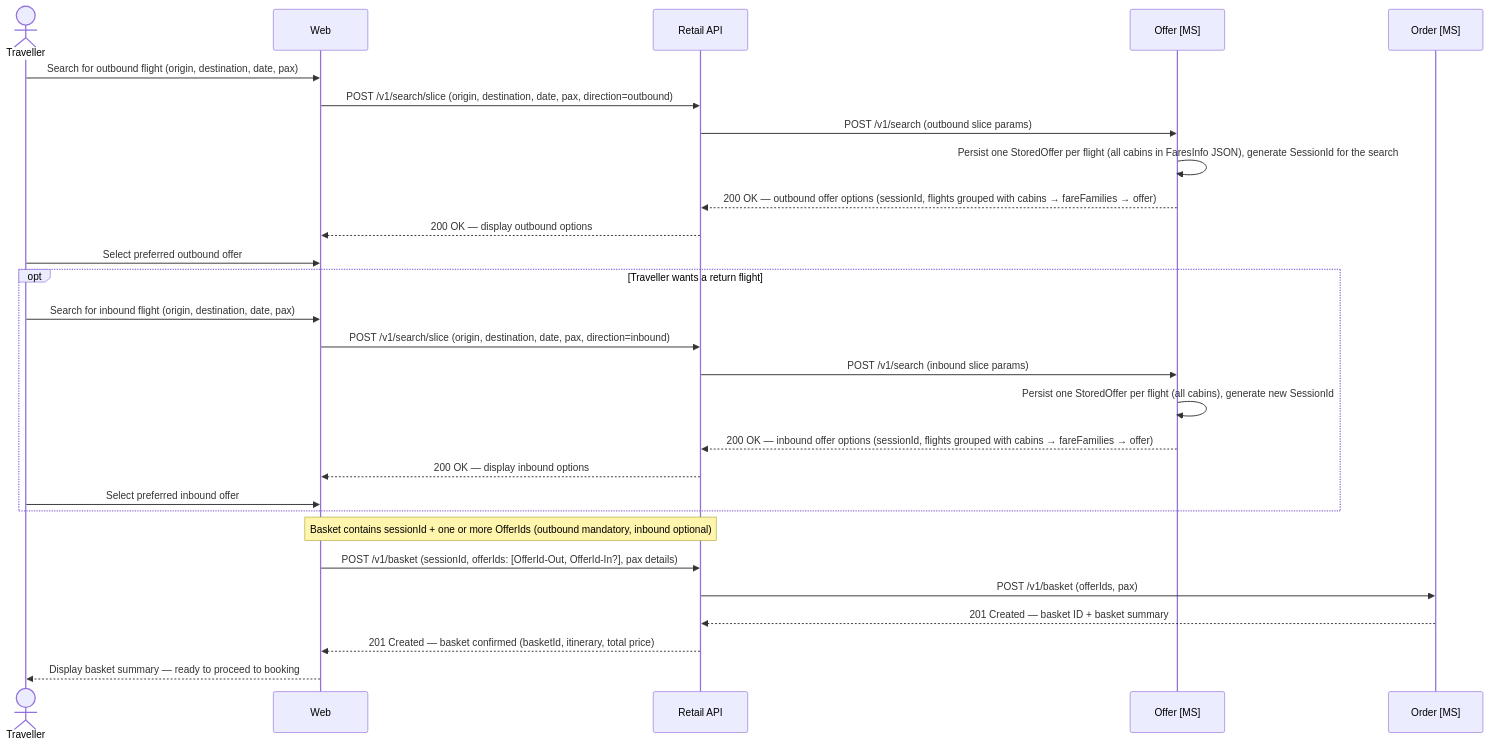
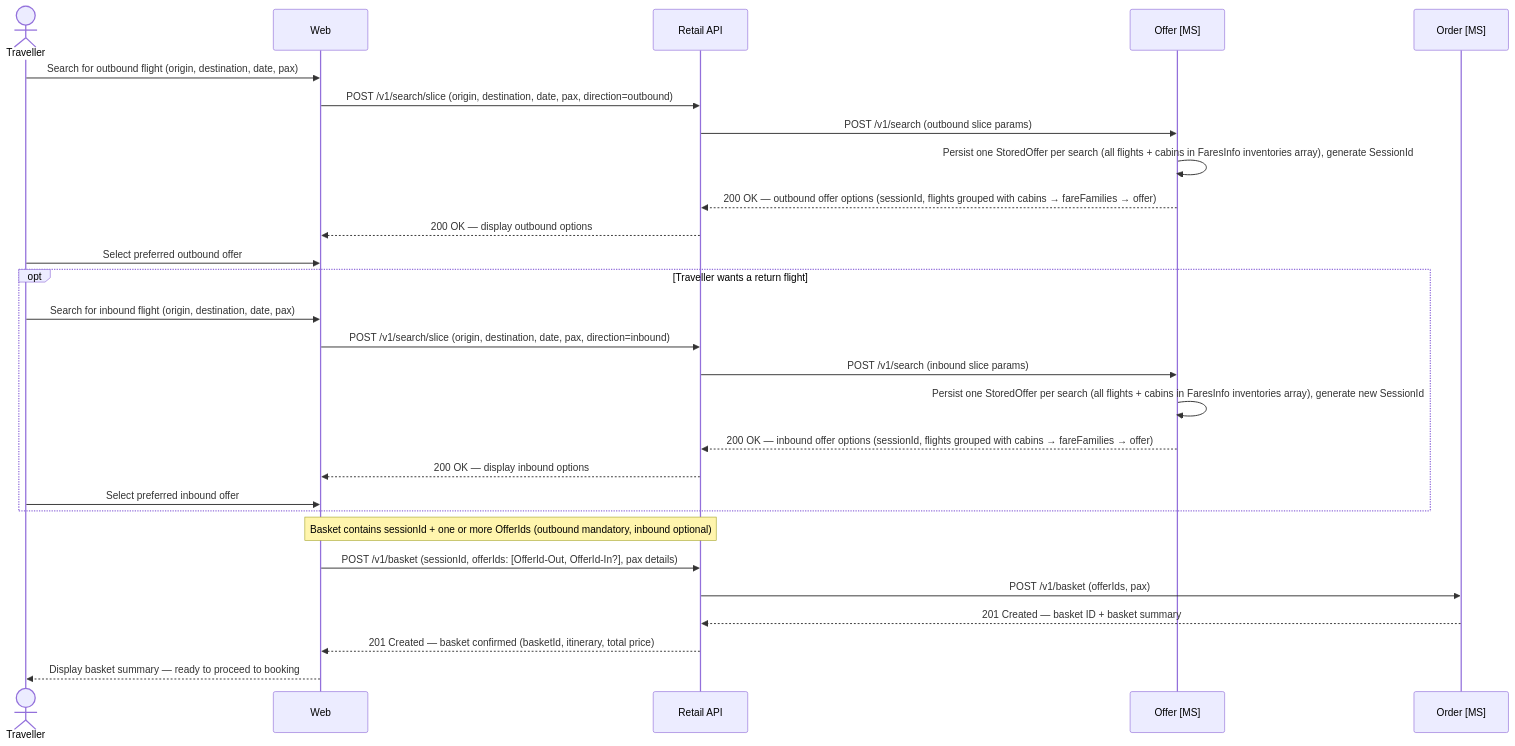
One commit to sebharvey/airline-reservation-system changed the first of 2 diagrams in documentation/design/offer.md. Above: the diagram before and after it, drawn with Mermaid. The commit also changed other lines of this file and 2 other files, not shown here.

First line of the commit message:
Update docs for single StoredOffer row and remove cabinCode from search

````diff
--- a/documentation/design/offer.md
+++ b/documentation/design/offer.md
@@ -14,36 +14,36 @@
 ```mermaid
 sequenceDiagram
     actor Traveller
     participant Web
     participant RetailAPI as Retail API
     participant OfferMS as Offer [MS]
     participant OrderMS as Order [MS]
 
     Traveller->>Web: Search for outbound flight (origin, destination, date, pax)
 
     Web->>RetailAPI: POST /v1/search/slice (origin, destination, date, pax, direction=outbound)
     RetailAPI->>OfferMS: POST /v1/search (outbound slice params)
-    OfferMS->>OfferMS: Persist one StoredOffer per flight (all cabins in FaresInfo JSON), generate SessionId for the search
+    OfferMS->>OfferMS: Persist one StoredOffer per search (all flights + cabins in FaresInfo inventories array), generate SessionId
     OfferMS-->>RetailAPI: 200 OK — outbound offer options (sessionId, flights grouped with cabins → fareFamilies → offer)
     RetailAPI-->>Web: 200 OK — display outbound options
 
     Traveller->>Web: Select preferred outbound offer
 
     opt Traveller wants a return flight
         Traveller->>Web: Search for inbound flight (origin, destination, date, pax)
         Web->>RetailAPI: POST /v1/search/slice (origin, destination, date, pax, direction=inbound)
         RetailAPI->>OfferMS: POST /v1/search (inbound slice params)
-        OfferMS->>OfferMS: Persist one StoredOffer per flight (all cabins), generate new SessionId
+        OfferMS->>OfferMS: Persist one StoredOffer per search (all flights + cabins in FaresInfo inventories array), generate new SessionId
         OfferMS-->>RetailAPI: 200 OK — inbound offer options (sessionId, flights grouped with cabins → fareFamilies → offer)
         RetailAPI-->>Web: 200 OK — display inbound options
         Traveller->>Web: Select preferred inbound offer
     end
 
     Note over Web, RetailAPI: Basket contains sessionId + one or more OfferIds (outbound mandatory, inbound optional)
 
     Web->>RetailAPI: POST /v1/basket (sessionId, offerIds: [OfferId-Out, OfferId-In?], pax details)
     RetailAPI->>OrderMS: POST /v1/basket (offerIds, pax)
     OrderMS-->>RetailAPI: 201 Created — basket ID + basket summary
     RetailAPI-->>Web: 201 Created — basket confirmed (basketId, itinerary, total price)
     Web-->>Traveller: Display basket summary — ready to proceed to booking
 ```
````
